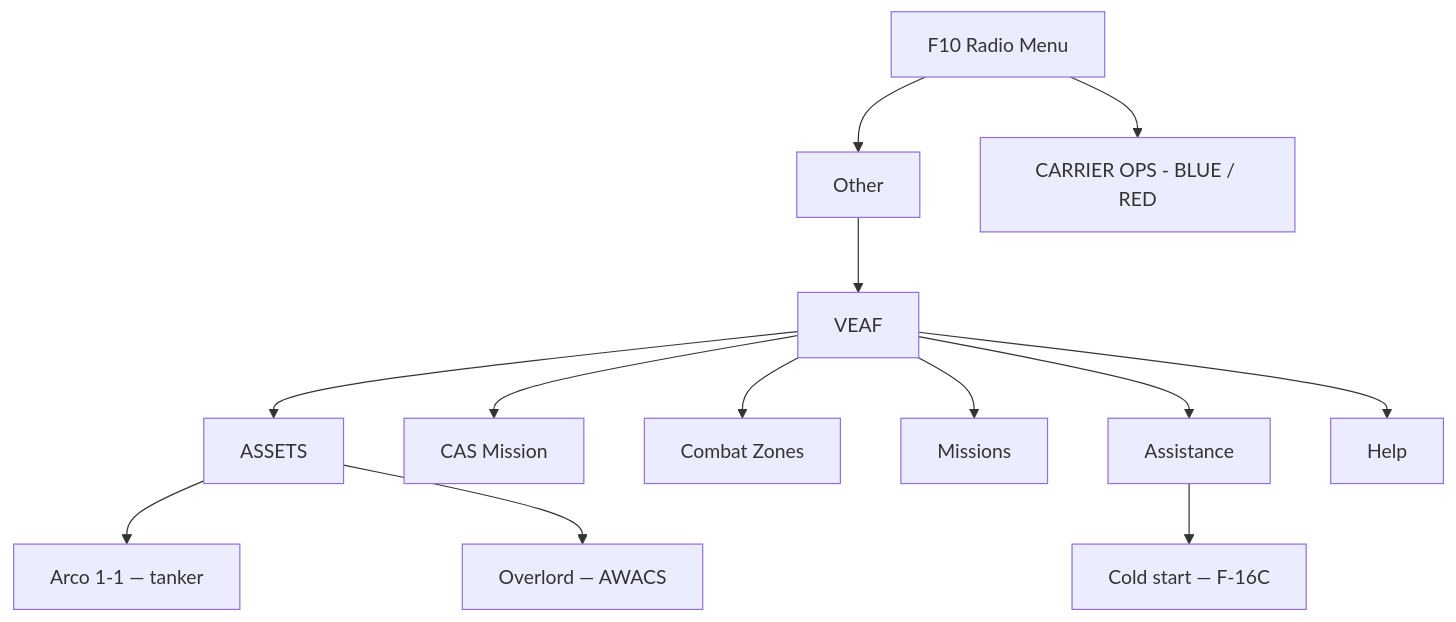
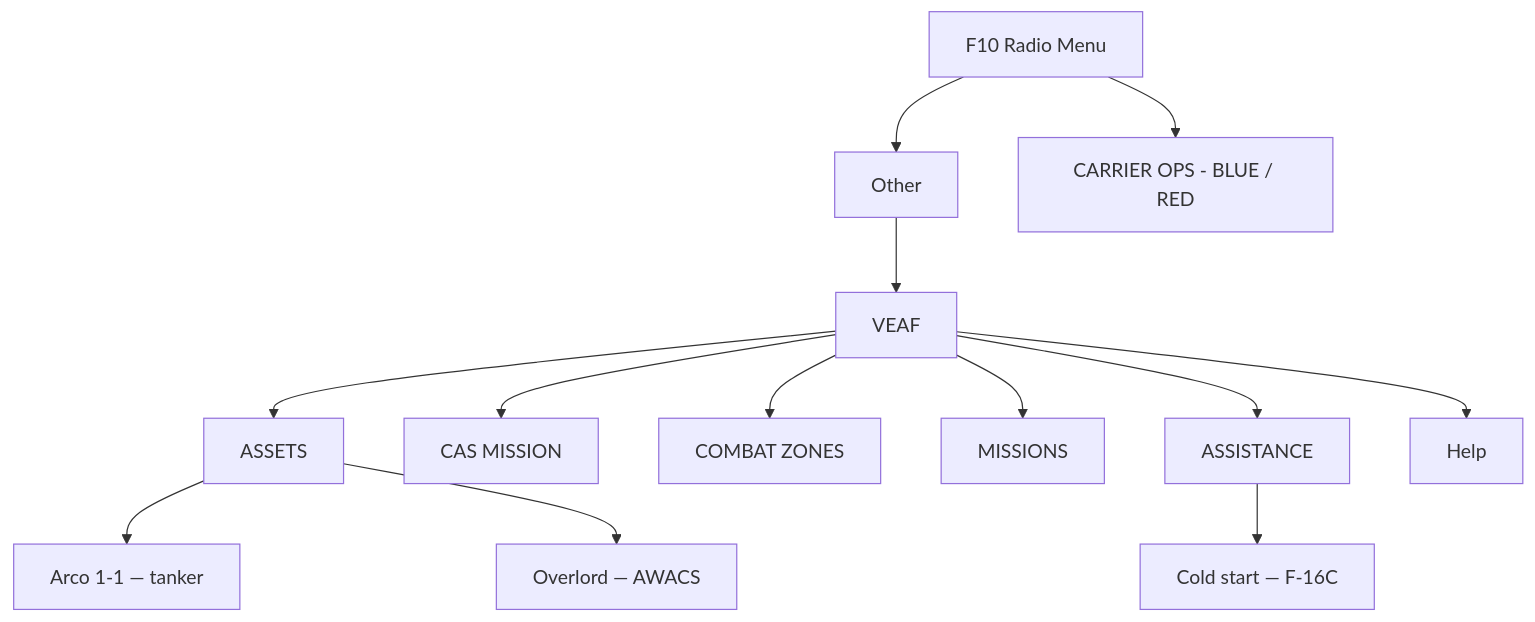
One commit to VEAF/VEAF-Mission-Creation-Tools changed the diagram in doc/pilot/GUIDE.en.md. Above: the diagram before and after it, drawn with Mermaid. The commit also changed other lines of this file and 8 other files, not shown here.

````diff
--- a/doc/pilot/GUIDE.en.md
+++ b/doc/pilot/GUIDE.en.md
@@ -52,14 +52,14 @@
 ```mermaid
 graph TD
     F10[F10 Radio Menu] --> Other[Other] --> VEAF[VEAF]
     VEAF --> Res[ASSETS]
-    VEAF --> CAS[CAS Mission]
-    VEAF --> CZ[Combat Zones]
-    VEAF --> Miss[Missions]
-    VEAF --> Assist[Assistance]
+    VEAF --> CAS[CAS MISSION]
+    VEAF --> CZ[COMBAT ZONES]
+    VEAF --> Miss[MISSIONS]
+    VEAF --> Assist[ASSISTANCE]
     VEAF --> Help[Help]
     Assist --> AS1["Cold start — F-16C"]
     Res --> A1["Arco 1-1 — tanker"]
     Res --> A2["Overlord — AWACS"]
     F10 --> Carrier["CARRIER OPS - BLUE / RED"]
 ```
````
